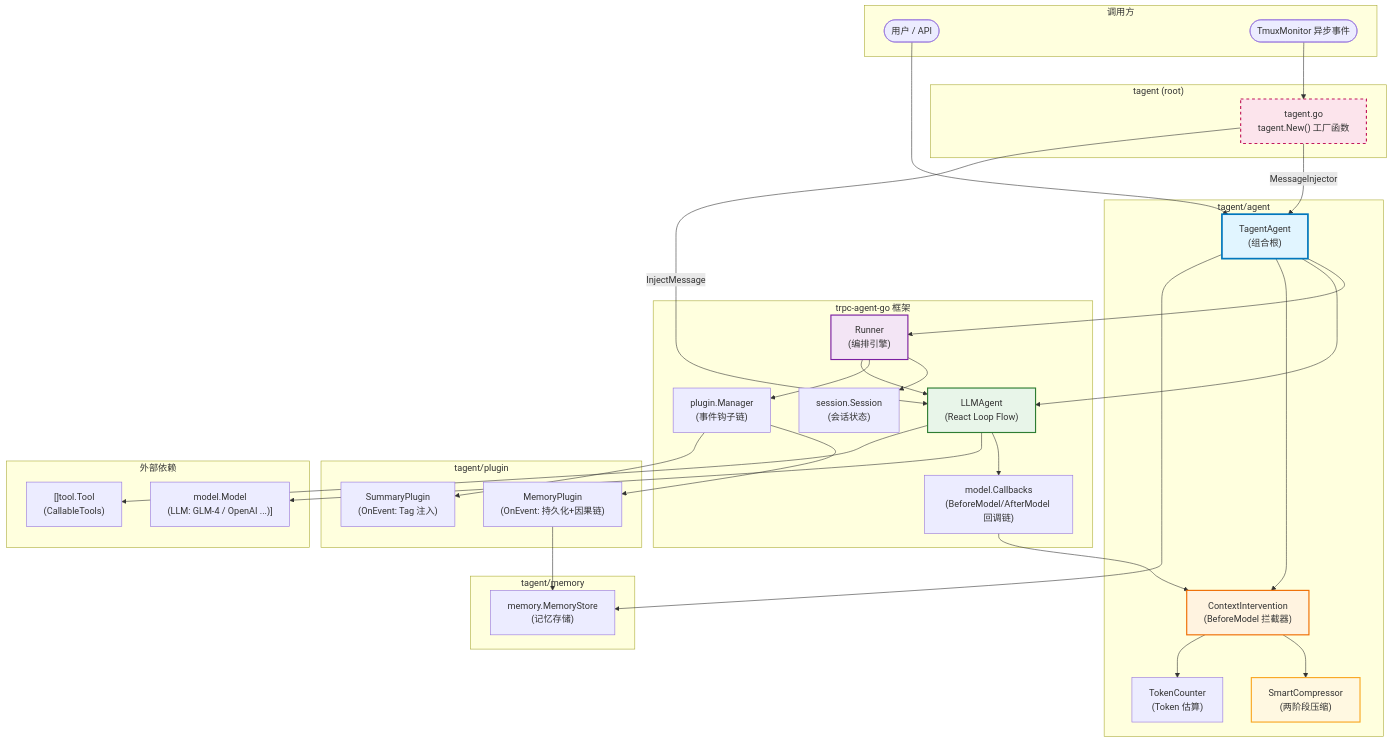
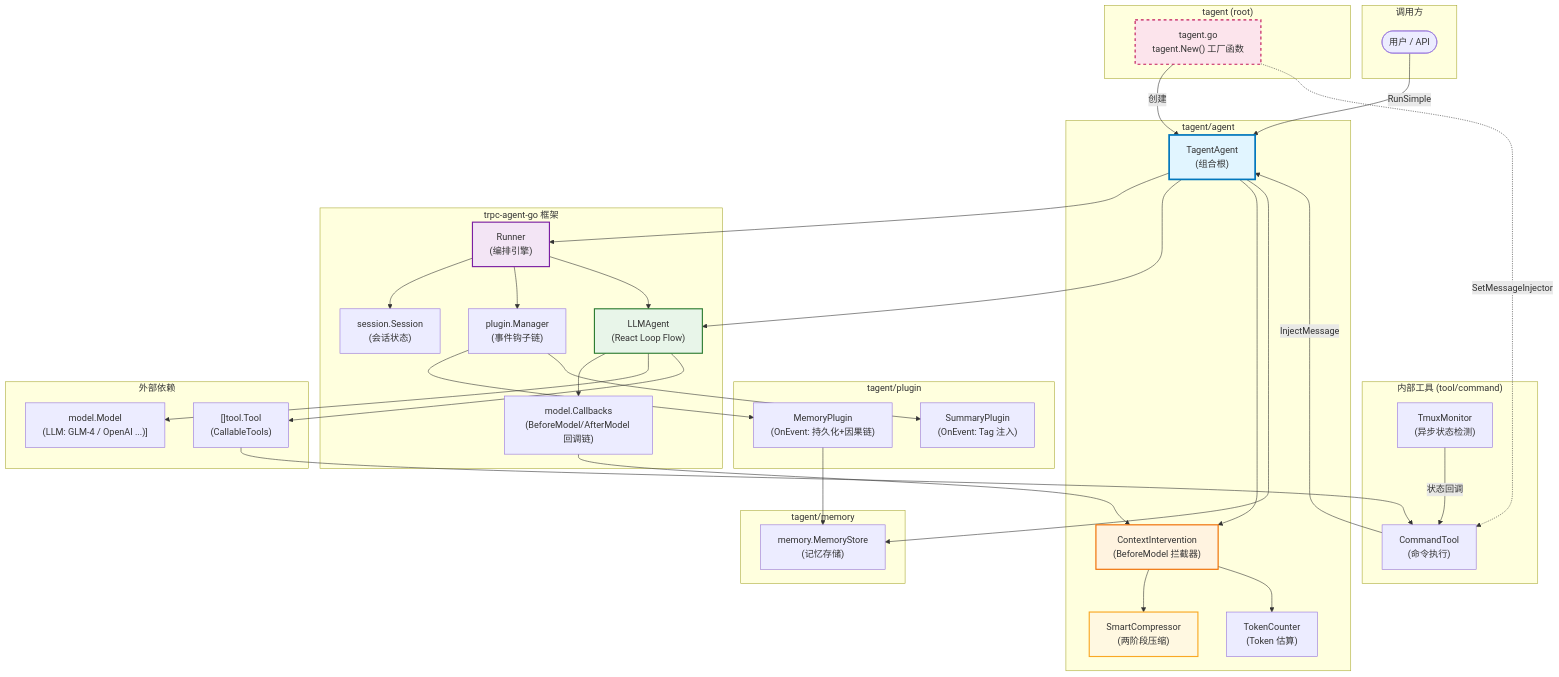
Before and after one commit to SpellingDragon/tagent: the first of 3 diagrams in docs/wiki/agent/agent-architecture.md, drawn with Mermaid. The commit also changed other lines of this file and 53 other files, not shown here.

````diff
--- a/docs/wiki/agent/agent-architecture.md
+++ b/docs/wiki/agent/agent-architecture.md
@@ -20,75 +20,82 @@
 ```mermaid
 graph TB
     subgraph "调用方"
         User([用户 / API])
-        Tmux([TmuxMonitor 异步事件])
     end
 
     subgraph "tagent/agent"
         TA["TagentAgent\n(组合根)"]
         CI["ContextIntervention\n(BeforeModel 拦截器)"]
         SC["SmartCompressor\n(两阶段压缩)"]
         TC["TokenCounter\n(Token 估算)"]
     end
 
     subgraph "trpc-agent-go 框架"
         Runner["Runner\n(编排引擎)"]
         LLMAgent["LLMAgent\n(React Loop Flow)"]
         ModelCallbacks["model.Callbacks\n(BeforeModel/AfterModel 回调链)"]
         PluginManager["plugin.Manager\n(事件钩子链)"]
         Session["session.Session\n(会话状态)"]
     end
 
     subgraph "tagent/plugin"
         MP["MemoryPlugin\n(OnEvent: 持久化+因果链)"]
         SP["SummaryPlugin\n(OnEvent: Tag 注入)"]
     end
 
     subgraph "tagent/memory"
         MS["memory.MemoryStore\n(记忆存储)"]
     end
 
+    subgraph "内部工具 (tool/command)"
+        CmdTool["CommandTool\n(命令执行)"]
+        Tmux["TmuxMonitor\n(异步状态检测)"]
+    end
+
     subgraph "外部依赖"
         LLM["model.Model\n(LLM: GLM-4 / OpenAI ...)]"]
         Tools["[]tool.Tool\n(CallableTools)"]
     end
 
     subgraph "tagent (root)"
         KAH["tagent.go\ntagent.New() 工厂函数"]
     end
 
-    User --> TA
-    Tmux --> KAH
+    User -->|RunSimple| TA
 
     TA --> Runner
     TA --> LLMAgent
     TA --> CI
     TA --> MS
 
-    KAH -->|MessageInjector| TA
-    KAH -->|InjectMessage| LLMAgent
+    KAH -->|创建| TA
+    KAH -.->|SetMessageInjector| CmdTool
 
     Runner --> Session
     Runner --> PluginManager
     Runner --> LLMAgent
 
     LLMAgent --> ModelCallbacks
     LLMAgent --> LLM
     LLMAgent --> Tools
 
     ModelCallbacks --> CI
     CI --> SC
     CI --> TC
 
     PluginManager --> MP
     PluginManager --> SP
 
     MP --> MS
 
+    Tools --> CmdTool
+    Tmux -->|状态回调| CmdTool
+    CmdTool -->|InjectMessage| TA
+
     style TA fill:#e1f5ff,stroke:#0277bd,stroke-width:3px
     style Runner fill:#f3e5f5,stroke:#7b1fa2,stroke-width:2px
     style LLMAgent fill:#e8f5e9,stroke:#2e7d32,stroke-width:2px
     style CI fill:#fff3e0,stroke:#ef6c00,stroke-width:2px
     style SC fill:#fff8e1,stroke:#f9a825,stroke-width:2px
     style KAH fill:#fce4ec,stroke:#c2185b,stroke-width:2px,stroke-dasharray:5,5
 ```
````
